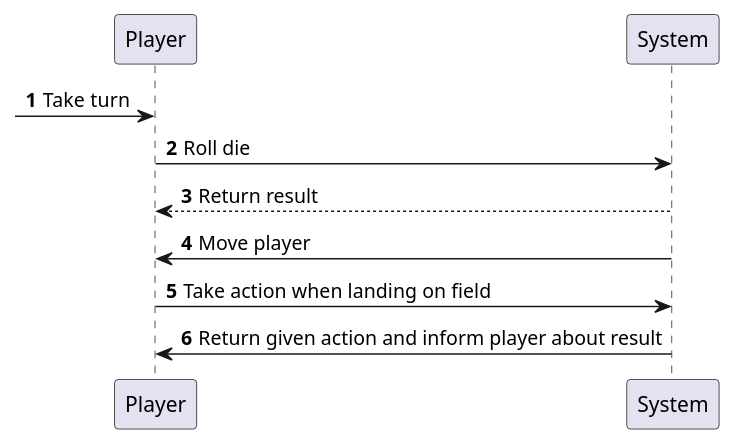
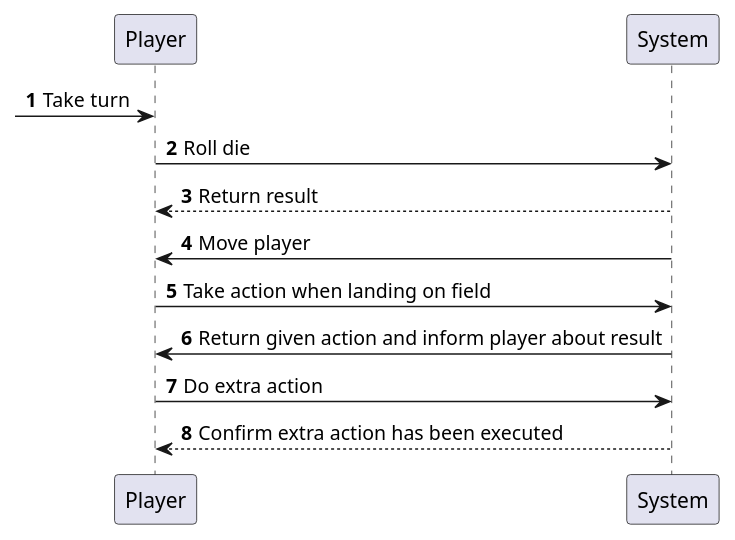
One commit to christianhyltoft/GAMEassignment changed the diagram in UML/PlayturnSequence.puml. Above: the diagram before and after it, drawn with PlantUML. The commit also changed 1 other file, not shown here.

```diff
--- a/UML/PlayturnSequence.puml
+++ b/UML/PlayturnSequence.puml
@@ -1,13 +1,15 @@
 @startuml
 'https://plantuml.com/sequence-diagram
 
 autonumber
 ->Player: Take turn
 Player->System: Roll die
 Player<--System: Return result
 Player<-System: Move player
 Player->System: Take action when landing on field
 Player<-System: Return given action and inform player about result
+Player-> System: Do extra action
+Player<-- System: Confirm extra action has been executed
 
 
 @enduml
```
